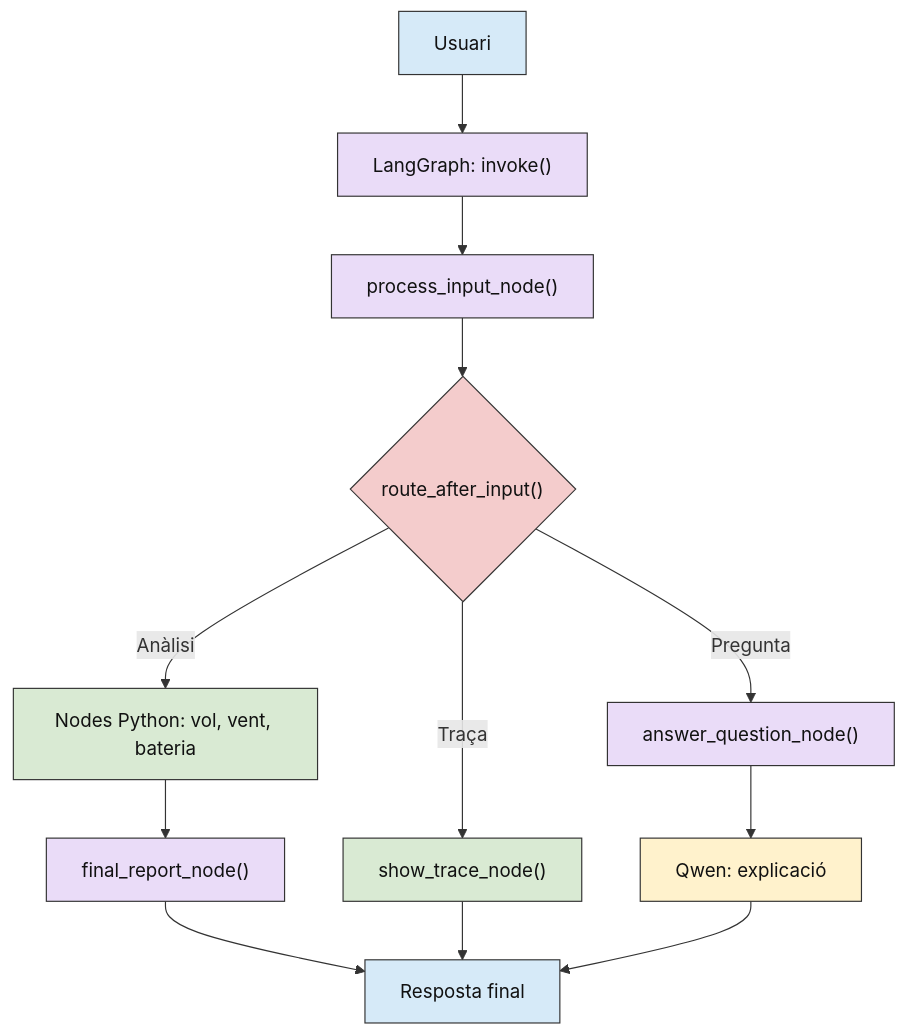
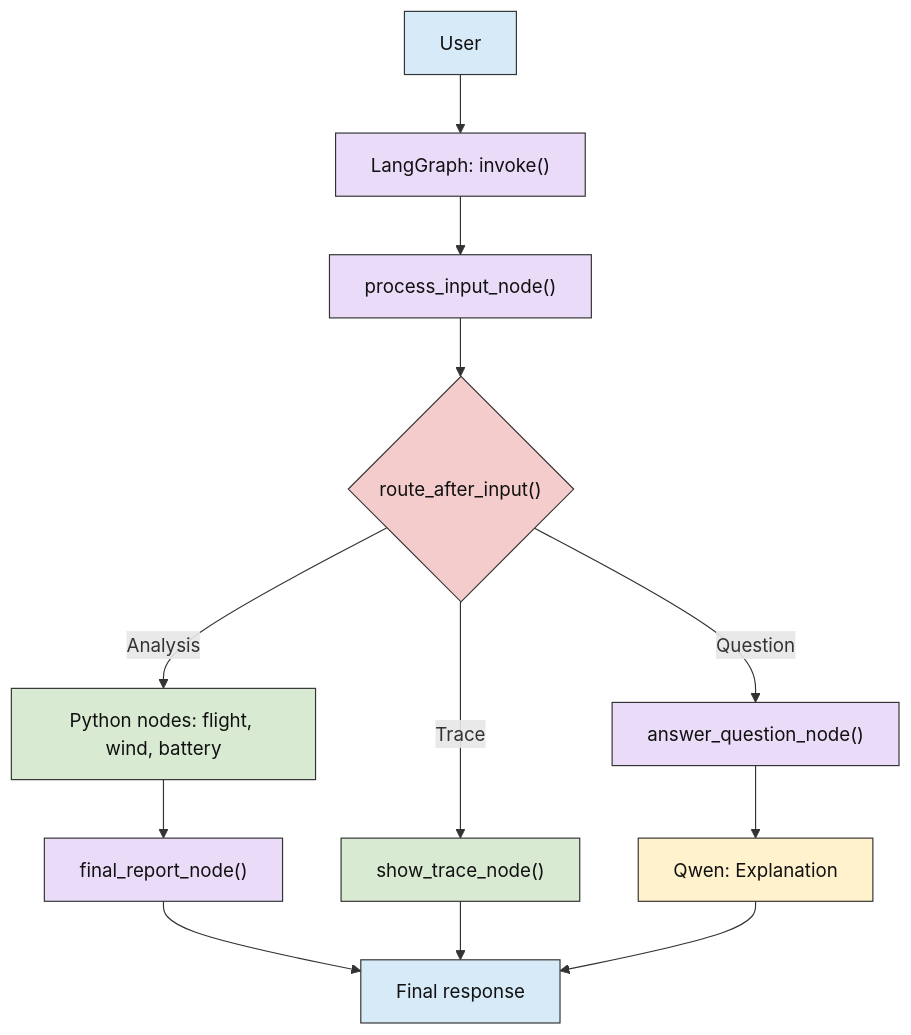
Before and after one commit to eetac/Visual_tools_for_AI: the fifth of 15 diagrams in AI_Observability/docs/08_examples.md, drawn with Mermaid. The commit also changed other lines of this file and 31 other files, not shown here.

````diff
--- a/AI_Observability/docs/08_examples.md
+++ b/AI_Observability/docs/08_examples.md
@@ -452,26 +452,26 @@
 ```mermaid
 flowchart TD
-    U["Usuari"] --> G["LangGraph: invoke()"]
+    U["User"] --> G["LangGraph: invoke()"]
     G --> P["process_input_node()"]
     P --> R{"route_after_input()"}
-    R -->|Anàlisi| C["Nodes Python: vol, vent, bateria"]
+    R -->|Analysis| C["Python nodes: flight, wind, battery"]
     C --> I["final_report_node()"]
-    R -->|Traça| T["show_trace_node()"]
-    R -->|Pregunta| Q["answer_question_node()"]
-    Q --> L["Qwen: explicació"]
-    I --> F["Resposta final"]
+    R -->|Trace| T["show_trace_node()"]
+    R -->|Question| Q["answer_question_node()"]
+    Q --> L["Qwen: Explanation"]
+    I --> F["Final response"]
     T --> F
     L --> F
     class U,F entrada
     class G,P,I,Q servei
     class R decisio
     class C,T python
     class L llm
     classDef entrada fill:#D6EAF8,stroke:#333333,color:#111111
     classDef llm fill:#FFF2CC,stroke:#333333,color:#111111
     classDef python fill:#D9EAD3,stroke:#333333,color:#111111
     classDef decisio fill:#F4CCCC,stroke:#333333,color:#111111
     classDef servei fill:#EADCF8,stroke:#333333,color:#111111
     classDef agent fill:#FCE5CD,stroke:#333333,color:#111111
     classDef opik fill:#F5F5F5,stroke:#333333,color:#111111
 ```
````
